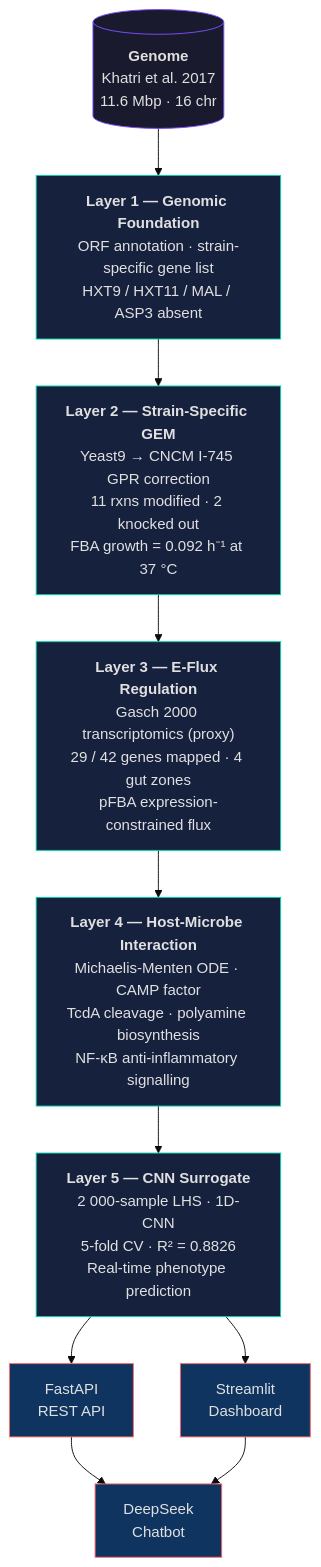
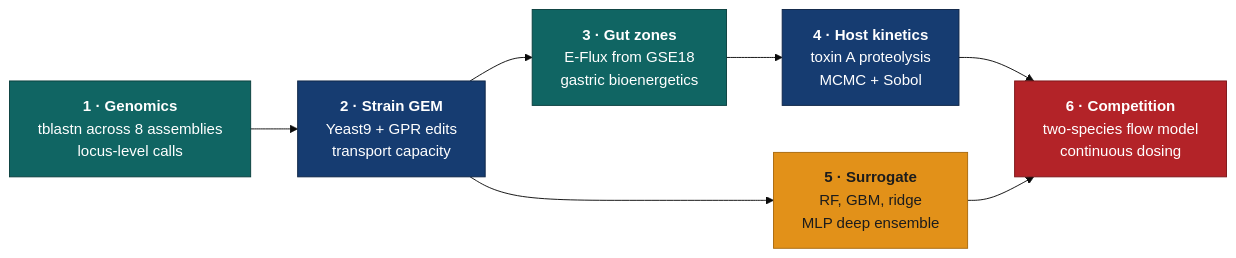
One commit to nsdeshmukh306-ai/cncm-i745-digital-twin changed the diagram in README.md. Above: the diagram before and after it, drawn with Mermaid (base theme). The commit also changed other lines of this file and 170 other files, not shown here.

First line of the commit message:
Release 5.0.0: v4 rebuild with corrected genomics, GEM, kinetics and competition layer

````diff
--- a/README.md
+++ b/README.md
@@ -71,23 +92,13 @@
 ```mermaid
-flowchart TB
-    G[("<b>Genome</b><br/>Khatri et al. 2017<br/>11.6 Mbp · 16 chr")]:::data
-
-    G --> L1["<b>Layer 1 — Genomic Foundation</b><br/>ORF annotation · strain-specific gene list<br/>HXT9 / HXT11 / MAL / ASP3 absent"]:::layer
-
-    L1 --> L2["<b>Layer 2 — Strain-Specific GEM</b><br/>Yeast9 → CNCM I-745 GPR correction<br/>11 rxns modified · 2 knocked out<br/>FBA growth = 0.092 h⁻¹ at 37 °C"]:::layer
-
-    L2 --> L3["<b>Layer 3 — E-Flux Regulation</b><br/>Gasch 2000 transcriptomics (proxy)<br/>29 / 42 genes mapped · 4 gut zones<br/>pFBA expression-constrained flux"]:::layer
-
-    L3 --> L4["<b>Layer 4 — Host-Microbe Interaction</b><br/>Michaelis-Menten ODE · CAMP factor<br/>TcdA cleavage · polyamine biosynthesis<br/>NF-κB anti-inflammatory signalling"]:::layer
-
-    L4 --> L5["<b>Layer 5 — CNN Surrogate</b><br/>2 000-sample LHS · 1D-CNN<br/>5-fold CV · R² = 0.8826<br/>Real-time phenotype prediction"]:::layer
-
-    L5 --> API["FastAPI<br/>REST API"]:::service
-    L5 --> DASH["Streamlit<br/>Dashboard"]:::service
-    API --> BOT["DeepSeek<br/>Chatbot"]:::service
-    DASH --> BOT
-
-    classDef data   fill:#1a1a2e,stroke:#7C4DFF,color:#e0e0e0
-    classDef layer  fill:#16213e,stroke:#00D4AA,color:#e0e0e0
-    classDef service fill:#0f3460,stroke:#FF6B6B,color:#e0e0e0
+flowchart LR
+    A["<b>1 · Genomics</b><br/>tblastn across 8 assemblies<br/>locus-level calls"]:::teal --> B["<b>2 · Strain GEM</b><br/>Yeast9 + GPR edits<br/>transport capacity"]:::navy
+    B --> C["<b>3 · Gut zones</b><br/>E-Flux from GSE18<br/>gastric bioenergetics"]:::teal
+    C --> D["<b>4 · Host kinetics</b><br/>toxin A proteolysis<br/>MCMC + Sobol"]:::navy
+    B --> E["<b>5 · Surrogate</b><br/>RF, GBM, ridge<br/>MLP deep ensemble"]:::gold
+    D --> F["<b>6 · Competition</b><br/>two-species flow model<br/>continuous dosing"]:::maroon
+    E --> F
+    classDef teal fill:#106563,stroke:#0a3f3e,color:#fff
+    classDef navy fill:#163C71,stroke:#0e2547,color:#fff
+    classDef gold fill:#E29119,stroke:#a86a0e,color:#1c1c1c
+    classDef maroon fill:#B32328,stroke:#7c1518,color:#fff
 ```
````
